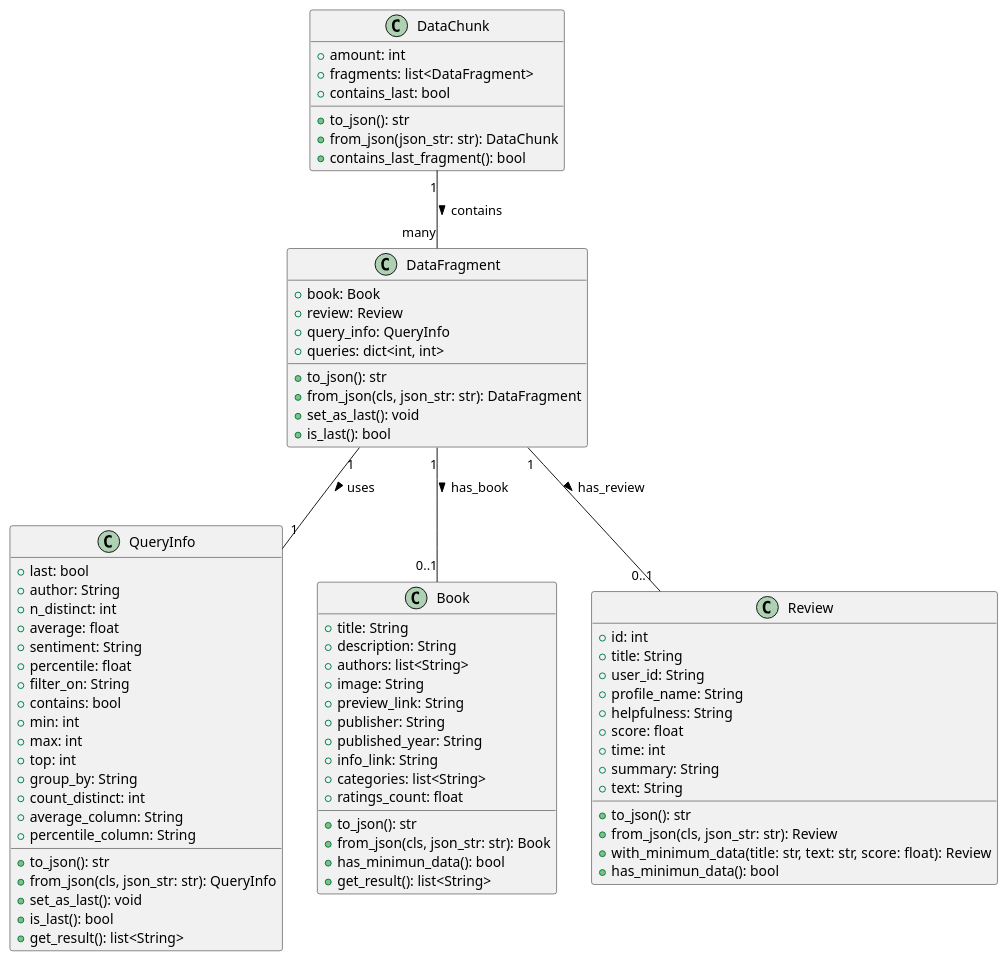
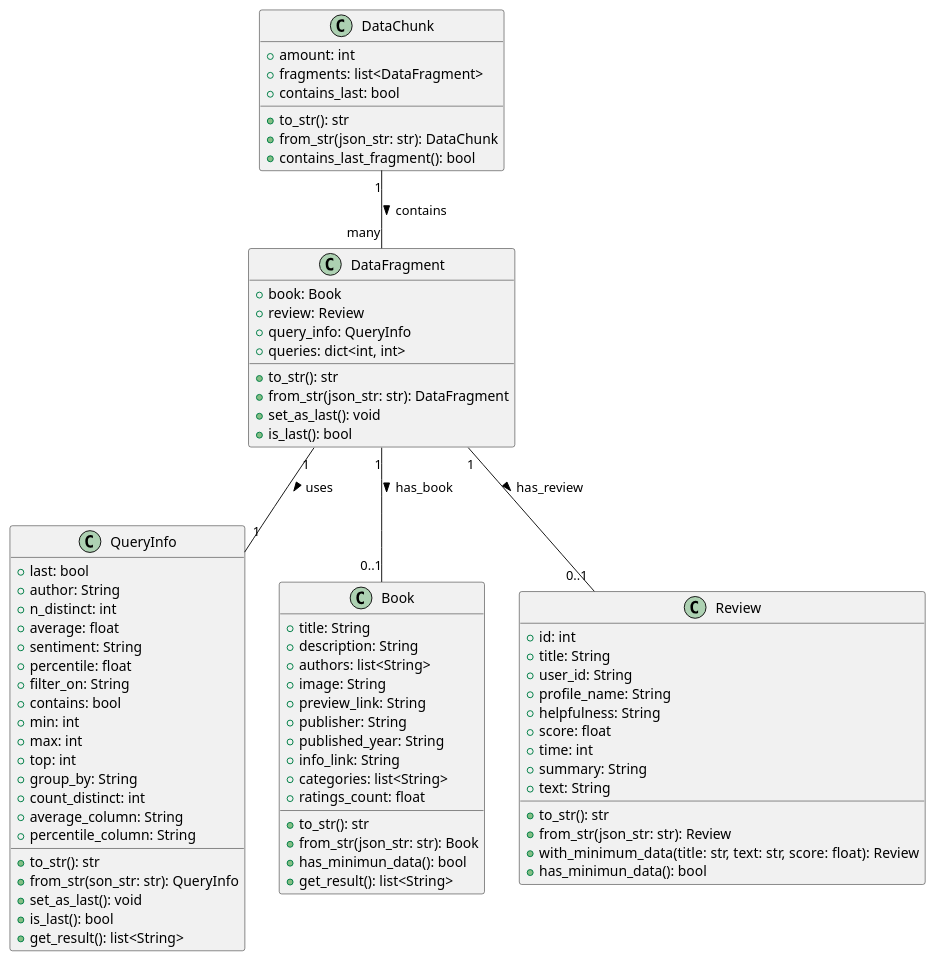
Before and after one commit to mateogdupont/escalabilidad: the diagram in diagrams/diagrada_de_clases.puml, drawn with PlantUML. The commit also changed 2 other files, not shown here.

Commit message:
Small update in diagrams

```diff
--- a/diagrams/diagrada_de_clases.puml
+++ b/diagrams/diagrada_de_clases.puml
@@ -1,84 +1,84 @@
 @startuml
 
 class DataChunk {
     +amount: int
     +fragments: list<DataFragment>
     +contains_last: bool
-    +to_json(): str
-    +from_json(json_str: str): DataChunk
+    +to_str(): str
+    +from_str(json_str: str): DataChunk
     +contains_last_fragment(): bool
 }
 
 class DataFragment {
     +book: Book
     +review: Review
     +query_info: QueryInfo
     +queries: dict<int, int>
-    +to_json(): str
-    +from_json(cls, json_str: str): DataFragment
+    +to_str(): str
+    +from_str(json_str: str): DataFragment
     +set_as_last(): void
     +is_last(): bool
 }
 
 class QueryInfo {
     +last: bool
     +author: String
     +n_distinct: int
     +average: float
     +sentiment: String
     +percentile: float
     +filter_on: String
     +contains: bool
     +min: int
     +max: int
     +top: int
     +group_by: String
     +count_distinct: int
     +average_column: String
     +percentile_column: String
-    +to_json(): str
-    +from_json(cls, json_str: str): QueryInfo
+    +to_str(): str
+    +from_str(son_str: str): QueryInfo
     +set_as_last(): void
     +is_last(): bool
     +get_result(): list<String>
 }
 
 class Book {
     +title: String
     +description: String
     +authors: list<String>
     +image: String
     +preview_link: String
     +publisher: String
     +published_year: String
     +info_link: String
     +categories: list<String>
     +ratings_count: float
-    +to_json(): str
-    +from_json(cls, json_str: str): Book
+    +to_str(): str
+    +from_str(json_str: str): Book
     +has_minimun_data(): bool
     +get_result(): list<String>
 }
 
 class Review {
     +id: int
     +title: String
     +user_id: String
     +profile_name: String
     +helpfulness: String
     +score: float
     +time: int
     +summary: String
     +text: String
-    +to_json(): str
-    +from_json(cls, json_str: str): Review
+    +to_str(): str
+    +from_str(json_str: str): Review
     +with_minimum_data(title: str, text: str, score: float): Review
     +has_minimun_data(): bool
 }
 
 DataChunk "1" -- "many" DataFragment : contains >
 DataFragment "1" -- "1" QueryInfo : uses >
 DataFragment "1" -- "0..1" Book : has_book >
 DataFragment "1" -- "0..1" Review : has_review >
 
 @enduml
```
